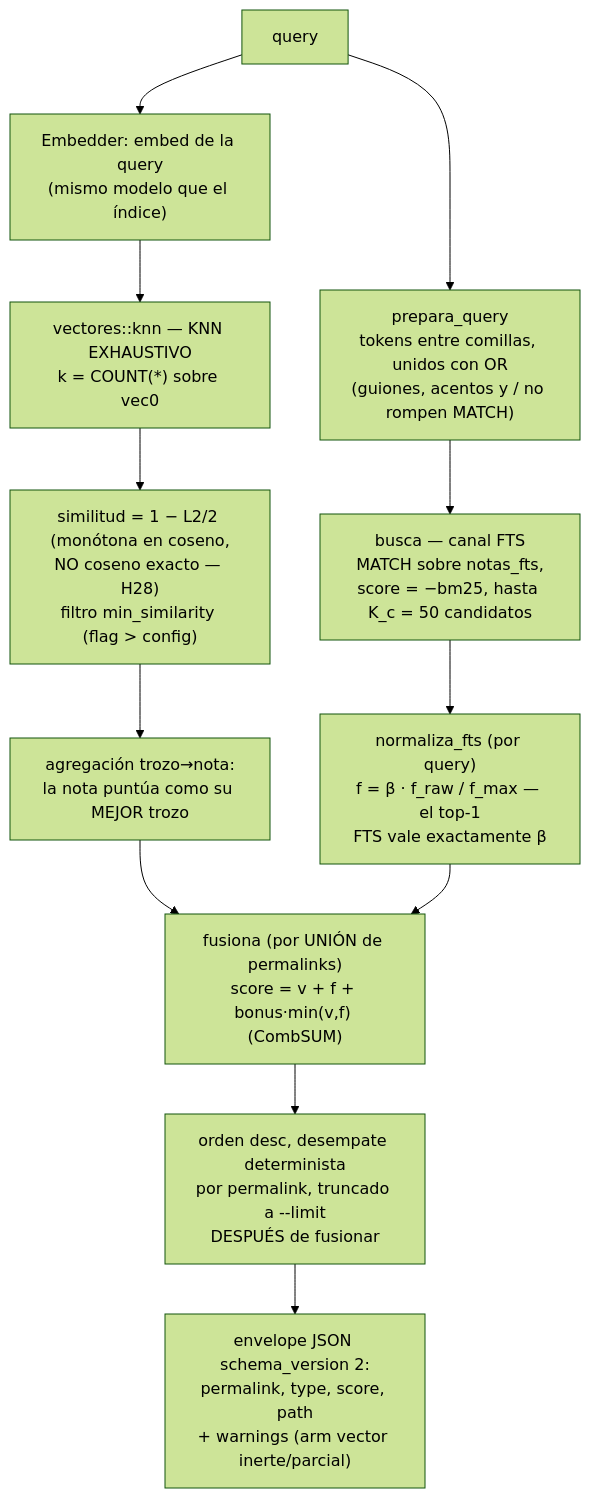
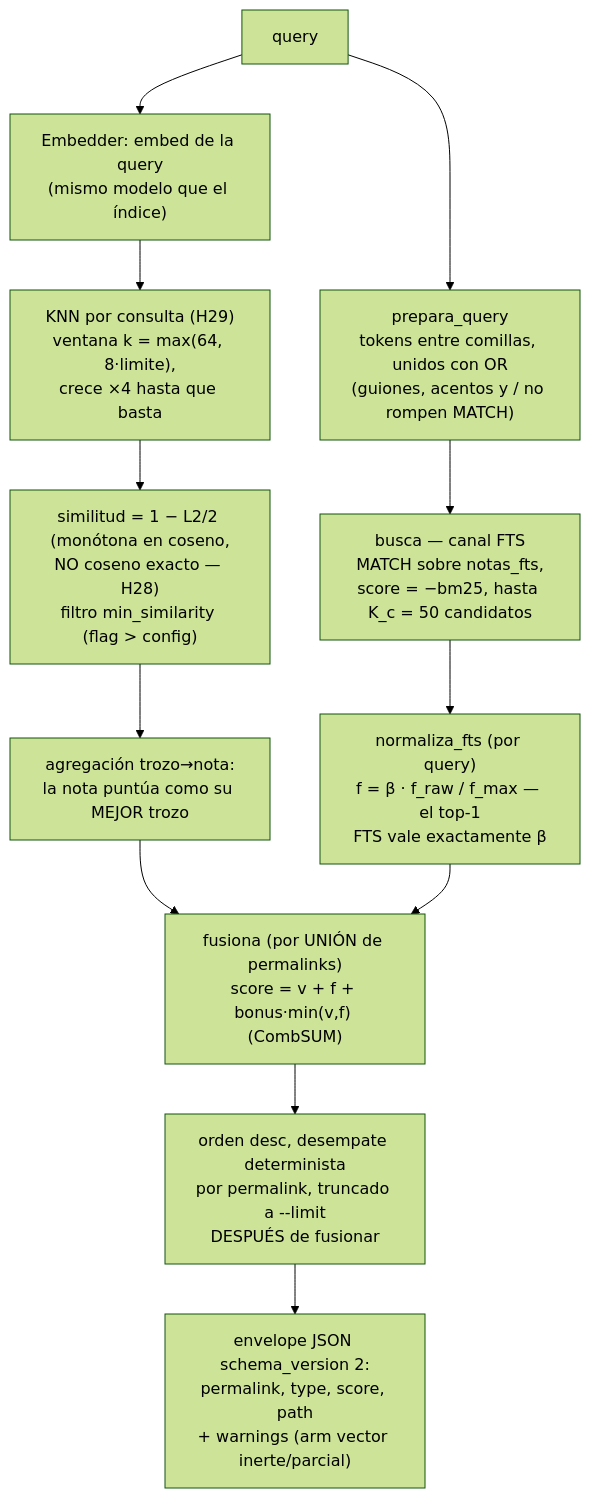
Before and after one commit to pguerrerolinares/exo: the third of 4 diagrams in docs/arquitectura.md, drawn with Mermaid (forest theme). The commit also changed other lines of this file and 1 other file, not shown here.

````diff
--- a/docs/arquitectura.md
+++ b/docs/arquitectura.md
@@ -235,14 +237,14 @@
 ```mermaid
 flowchart TD
     Q["query"] --> FTSQ["prepara_query<br/>tokens entre comillas, unidos con OR<br/>(guiones, acentos y / no rompen MATCH)"]
     FTSQ --> FTS["busca — canal FTS<br/>MATCH sobre notas_fts,<br/>score = −bm25, hasta K_c = 50 candidatos"]
     Q --> EMBQ["Embedder: embed de la query<br/>(mismo modelo que el índice)"]
-    EMBQ --> KNN["vectores::knn — KNN EXHAUSTIVO<br/>k = COUNT(*) sobre vec0"]
+    EMBQ --> KNN["KNN por consulta (H29)<br/>ventana k = max(64, 8·limite),<br/>crece ×4 hasta que basta"]
     KNN --> SIM["similitud = 1 − L2/2 (monótona en coseno,<br/>NO coseno exacto — H28)<br/>filtro min_similarity (flag > config)"]
     SIM --> AGG["agregación trozo→nota:<br/>la nota puntúa como su MEJOR trozo"]
     FTS --> NORM["normaliza_fts (por query)<br/>f = β · f_raw / f_max — el top-1<br/>FTS vale exactamente β"]
     AGG --> FUS["fusiona (por UNIÓN de permalinks)<br/>score = v + f + bonus·min(v,f) (CombSUM)"]
     NORM --> FUS
     FUS --> ORD["orden desc, desempate determinista<br/>por permalink, truncado a --limit<br/>DESPUÉS de fusionar"]
     ORD --> OUT["envelope JSON schema_version 2:<br/>permalink, type, score, path<br/>+ warnings (arm vector inerte/parcial)"]
 ```
````
